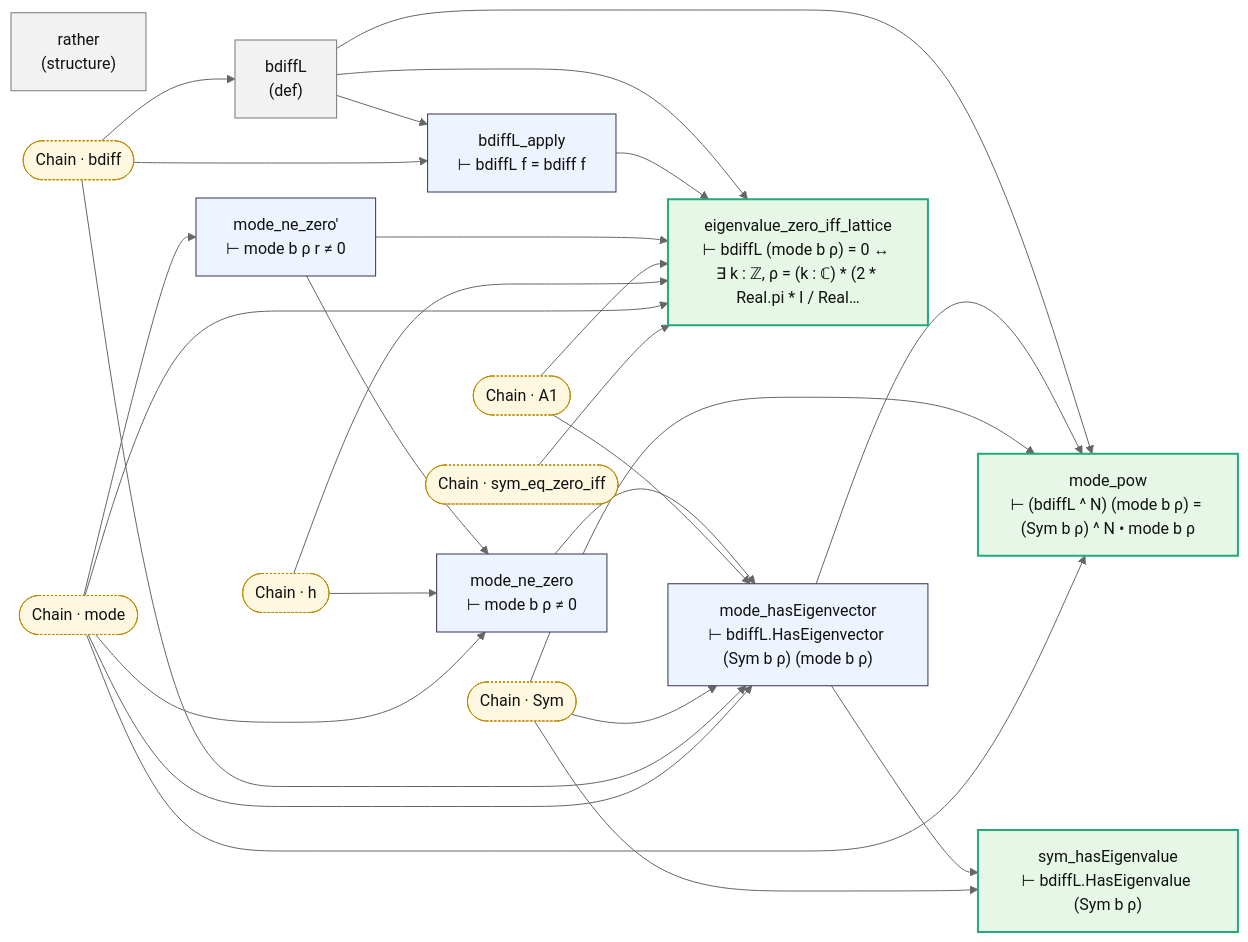
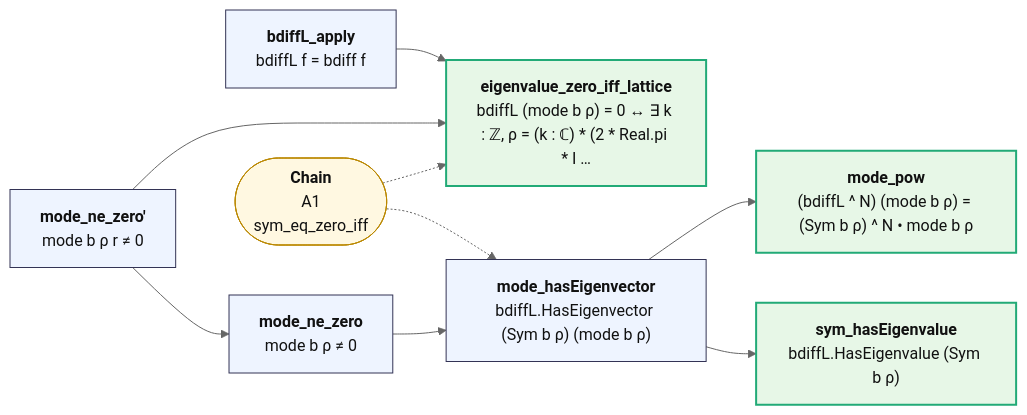
One commit to juliansambranojr/Primebeat_081426 changed the diagram in map/lean/TransferOp.md. Above: the diagram before and after it, drawn with Mermaid (neutral theme). The commit also changed other lines of this file and 387 other files, not shown here.

````diff
--- a/map/lean/TransferOp.md
+++ b/map/lean/TransferOp.md
@@ -8,49 +12,24 @@
 ```mermaid
 flowchart LR
-  n0["bdiffL<br/>(def)"]:::dfn
-  n1["bdiffL_apply<br/>⊢ bdiffL f = bdiff f"]:::thm
-  n2["mode_ne_zero'<br/>⊢ mode b ρ r ≠ 0"]:::thm
-  n3["mode_ne_zero<br/>⊢ mode b ρ ≠ 0"]:::thm
-  n4["rather<br/>(structure)"]:::dfn
-  n5["mode_hasEigenvector<br/>⊢ bdiffL.HasEigenvector (Sym b ρ) (mode b ρ)"]:::thm
-  n6["sym_hasEigenvalue<br/>⊢ bdiffL.HasEigenvalue (Sym b ρ)"]:::end_
-  n7["mode_pow<br/>⊢ (bdiffL ^ N) (mode b ρ) = (Sym b ρ) ^ N • mode b ρ"]:::end_
-  n8["eigenvalue_zero_iff_lattice<br/>⊢ bdiffL (mode b ρ) = 0 ↔ ∃ k : ℤ, ρ = (k : ℂ) * (2 * Real.pi * I / Real…"]:::end_
-  x0(["Chain · A1"]):::ext
-  x1(["Chain · Sym"]):::ext
-  x2(["Chain · bdiff"]):::ext
-  x3(["Chain · h"]):::ext
-  x4(["Chain · mode"]):::ext
-  x5(["Chain · sym_eq_zero_iff"]):::ext
-  n0 --> n1
-  n0 --> n7
-  n0 --> n8
-  n1 --> n8
+  n0["<b>bdiffL_apply</b><br/>bdiffL f = bdiff f"]:::thm
+  n1["<b>mode_ne_zero'</b><br/>mode b ρ r ≠ 0"]:::thm
+  n2["<b>mode_ne_zero</b><br/>mode b ρ ≠ 0"]:::thm
+  n3["<b>mode_hasEigenvector</b><br/>bdiffL.HasEigenvector (Sym b ρ) (mode b ρ)"]:::thm
+  n4["<b>sym_hasEigenvalue</b><br/>bdiffL.HasEigenvalue (Sym b ρ)"]:::end_
+  n5["<b>mode_pow</b><br/>(bdiffL ^ N) (mode b ρ) = (Sym b ρ) ^ N • mode b ρ"]:::end_
+  n6["<b>eigenvalue_zero_iff_lattice</b><br/>bdiffL (mode b ρ) = 0 ↔ ∃ k : ℤ, ρ = (k : ℂ) * (2 * Real.pi * I …"]:::end_
+  x0(["<b>Chain</b><br/>A1<br/>sym_eq_zero_iff"]):::ext
+  n0 --> n6
+  n1 --> n2
+  n1 --> n6
   n2 --> n3
-  n2 --> n8
+  n3 --> n4
   n3 --> n5
-  n5 --> n6
-  n5 --> n7
-  x0 --> n5
-  x0 --> n8
-  x1 --> n5
-  x1 --> n6
-  x1 --> n7
-  x2 --> n0
-  x2 --> n1
-  x2 --> n5
-  x3 --> n3
-  x3 --> n8
-  x4 --> n2
-  x4 --> n3
-  x4 --> n5
-  x4 --> n7
-  x4 --> n8
-  x5 --> n8
+  x0 -.-> n3
+  x0 -.-> n6
   classDef thm fill:#eef4ff,stroke:#335,color:#111
-  classDef dfn fill:#f2f2f2,stroke:#777,color:#111
   classDef end_ fill:#e7f7e7,stroke:#2a7,color:#111,stroke-width:2px
   classDef lone fill:#fff,stroke:#999,color:#111,stroke-dasharray:4 3
   classDef bad fill:#ffe5e5,stroke:#c22,color:#111,stroke-width:2px
-  classDef ext fill:#fff8e1,stroke:#b80,color:#111,stroke-dasharray:2 2
+  classDef ext fill:#fff8e1,stroke:#b80,color:#111
 ```
````
